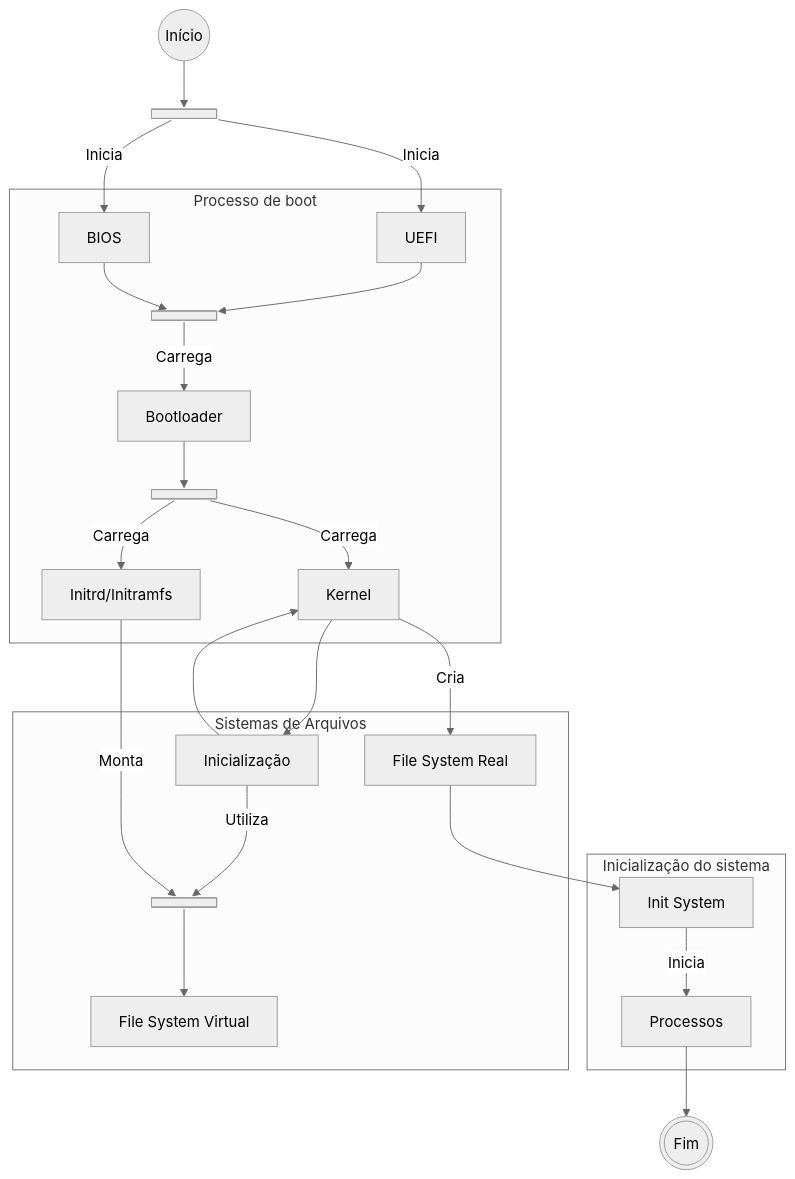
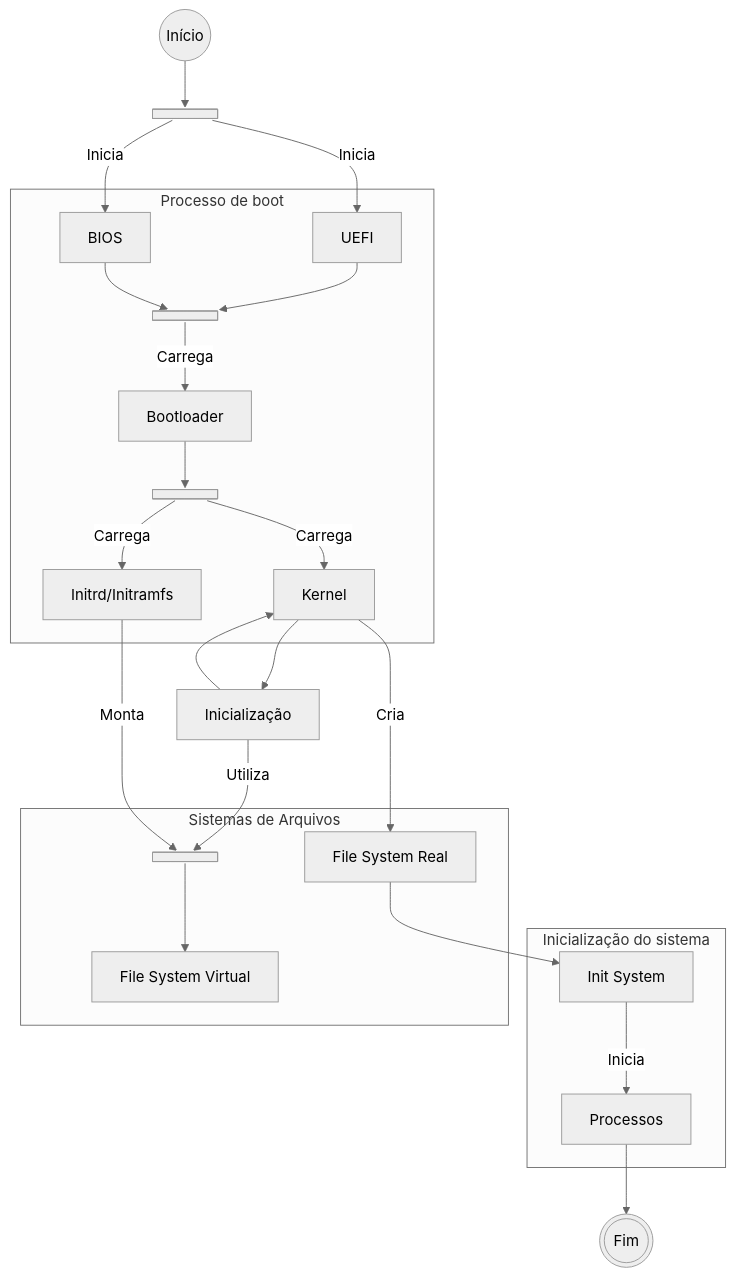
One commit to FelpzzzEX/LecOS changed the diagram in Sistema_Principal/Modulo 1 - Inicio/1-Ambiente.md. Above: the diagram before and after it, drawn with Mermaid (neutral theme). The commit also changed other lines of this file and 9 other files, not shown here.

````diff
--- a/Sistema_Principal/Modulo 1 - Inicio/1-Ambiente.md
+++ b/Sistema_Principal/Modulo 1 - Inicio/1-Ambiente.md
@@ -74,40 +75,40 @@
 ```mermaid
 flowchart TD
   O@{ shape: circle, label: "Início" }
   P@{ shape: fork, label: "Fork" }
   Q@{ shape: fork, label: "Join" }
   R@{ shape: fork, label: "Fork" }
 
   O-->P
   P-->|Inicia|A
   P-->|Inicia|C
   subgraph Boot["Processo de boot"]
     A["UEFI"]-->Q
     C["BIOS"]-->Q
     Q-->|Carrega| B["Bootloader"]
     B-->R
     R -->|Carrega| D["Kernel"]
     R -->|Carrega| E["Initrd/Initramfs"]
   end
 
   subgraph Init["Inicialização do sistema"]
     F["Init System"]
     F -->|Inicia| G["Processos"]
   end
 
   subgraph FS["Sistemas de Arquivos"]
     H["File System Virtual"]
     S@{ shape: fork, label: "Join" }
     I["File System Real"]
-    J["Inicialização"]
-    J -->|Utiliza| S
     S-->H
   end
-
+  
+  J["Inicialização"]
+  J -->|Utiliza| S
   E -->|Monta| S
   D -->|Cria| I
   D --> J
   J --> D
   I --> F  
   G-->T@{ shape: dbl-circ, label: "Fim"}
 ```
````
